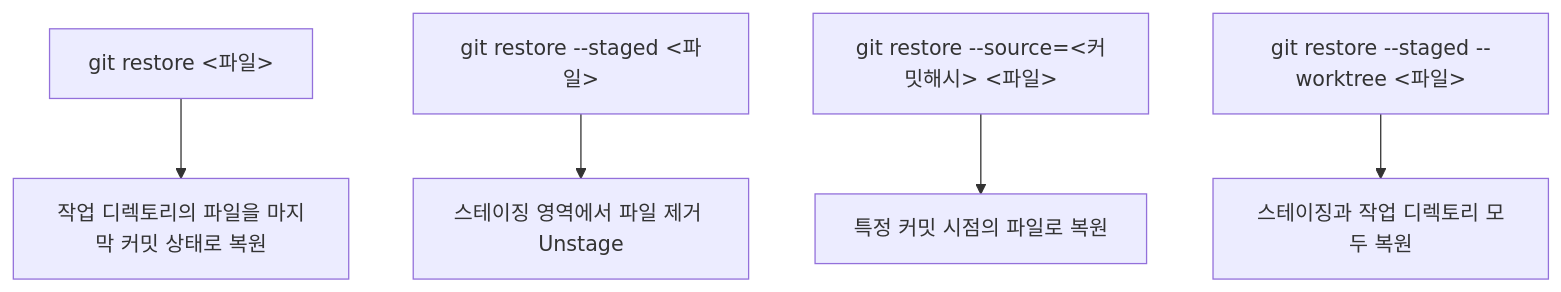
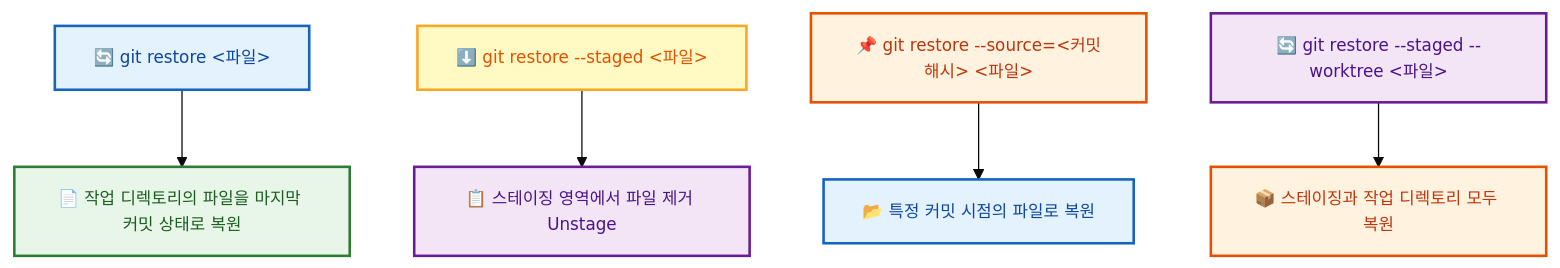
Before and after one commit to jingu279/Document: the diagram in git/04_변경_되돌리기/02_Checkout_사용하기.md, drawn with Mermaid. The commit also changed 24 other files, not shown here.

First line of the commit message:
Git 문서 전체 Mermaid 다이어그램 스타일링 통일

````diff
--- a/git/04_변경_되돌리기/02_Checkout_사용하기.md
+++ b/git/04_변경_되돌리기/02_Checkout_사용하기.md
@@ -171,7 +171,14 @@
 ```mermaid
+%%{init: {'theme': 'base', 'themeVariables': {'fontSize': '13px'}}}%%
 flowchart TB
-  R1["git restore &lt;파일&gt;"] --> D1["작업 디렉토리의 파일을 마지막 커밋 상태로 복원"]
-  R2["git restore --staged &lt;파일&gt;"] --> D2["스테이징 영역에서 파일 제거 Unstage"]
-  R3["git restore --source=&lt;커밋해시&gt; &lt;파일&gt;"] --> D3["특정 커밋 시점의 파일로 복원"]
-  R4["git restore --staged --worktree &lt;파일&gt;"] --> D4["스테이징과 작업 디렉토리 모두 복원"]
+  classDef main fill:#fff3e0,stroke:#e65100,stroke-width:2px,color:#bf360c
+  classDef sub fill:#e8f5e9,stroke:#2e7d32,stroke-width:2px,color:#1b5e20
+  classDef proc fill:#e3f2fd,stroke:#1565c0,stroke-width:2px,color:#0d47a1
+  classDef decision fill:#fff9c4,stroke:#f9a825,stroke-width:2px,color:#e65100
+  classDef highlight fill:#f3e5f5,stroke:#6a1b9a,stroke-width:2px,color:#4a148c
+
+  R1["🔄 git restore &lt;파일&gt;"]:::proc --> D1["📄 작업 디렉토리의 파일을 마지막 커밋 상태로 복원"]:::sub
+  R2["⬇️ git restore --staged &lt;파일&gt;"]:::decision --> D2["📋 스테이징 영역에서 파일 제거 Unstage"]:::highlight
+  R3["📌 git restore --source=&lt;커밋해시&gt; &lt;파일&gt;"]:::main --> D3["📂 특정 커밋 시점의 파일로 복원"]:::proc
+  R4["🔄 git restore --staged --worktree &lt;파일&gt;"]:::highlight --> D4["📦 스테이징과 작업 디렉토리 모두 복원"]:::main
 ```
````
